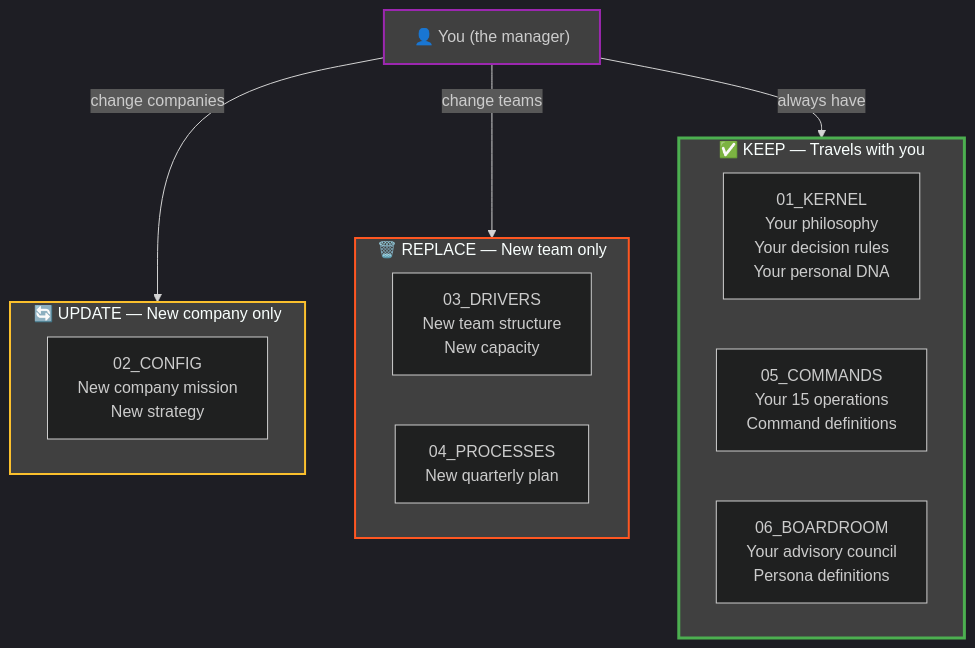
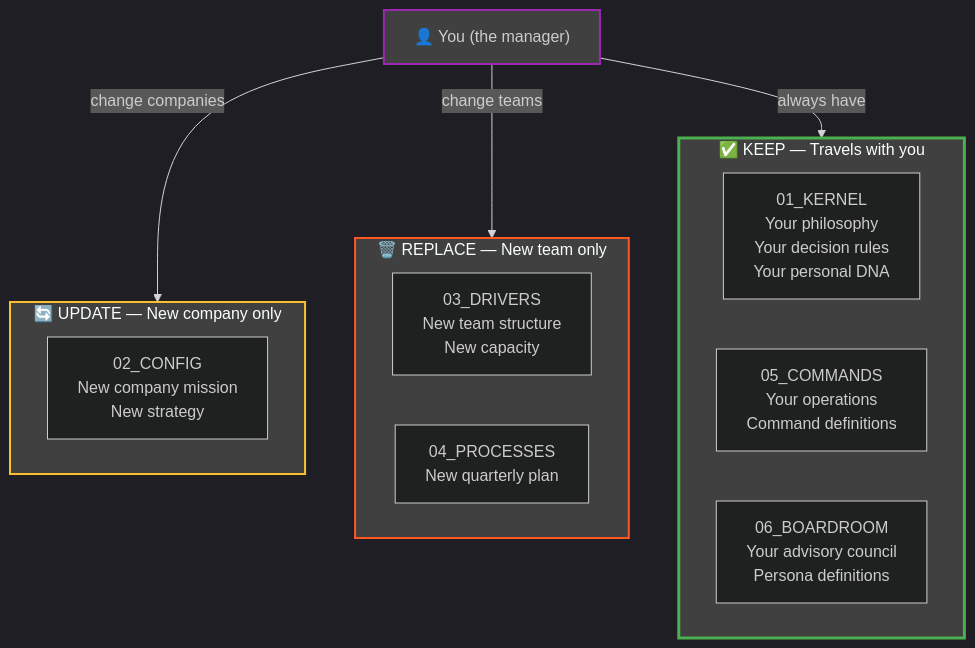
One commit to daviddgl/manager-operating-system changed the fifth of 6 diagrams in ARCHITECTURE.md. Above: the diagram before and after it, drawn with Mermaid. The commit also changed other lines of this file and 5 other files, not shown here.

````diff
--- a/ARCHITECTURE.md
+++ b/ARCHITECTURE.md
@@ -246,29 +246,29 @@
 ```mermaid
 %%{init: {'theme':'dark'}}%%
 graph TD
     YOU["👤 You (the manager)"]
     
     subgraph Keep["✅ KEEP — Travels with you"]
         K["01_KERNEL<br/>Your philosophy<br/>Your decision rules<br/>Your personal DNA"]
-        C["05_COMMANDS<br/>Your 15 operations<br/>Command definitions"]
+        C["05_COMMANDS<br/>Your operations<br/>Command definitions"]
         B["06_BOARDROOM<br/>Your advisory council<br/>Persona definitions"]
     end
     
     subgraph Update["🔄 UPDATE — New company only"]
         UC["02_CONFIG<br/>New company mission<br/>New strategy"]
     end
     
     subgraph Replace["🗑️ REPLACE — New team only"]
         R1["03_DRIVERS<br/>New team structure<br/>New capacity"]
         R2["04_PROCESSES<br/>New quarterly plan"]
     end
     
     YOU -->|change companies| Update
     YOU -->|change teams| Replace
     YOU -->|always have| Keep
     
     style Keep fill:#404040,stroke:#4caf50,stroke-width:3px
     style Update fill:#404040,stroke:#fbc02d,stroke-width:2px
     style Replace fill:#404040,stroke:#ff5722,stroke-width:2px
     style YOU fill:#404040,stroke:#9c27b0,stroke-width:2px
 ```
````
